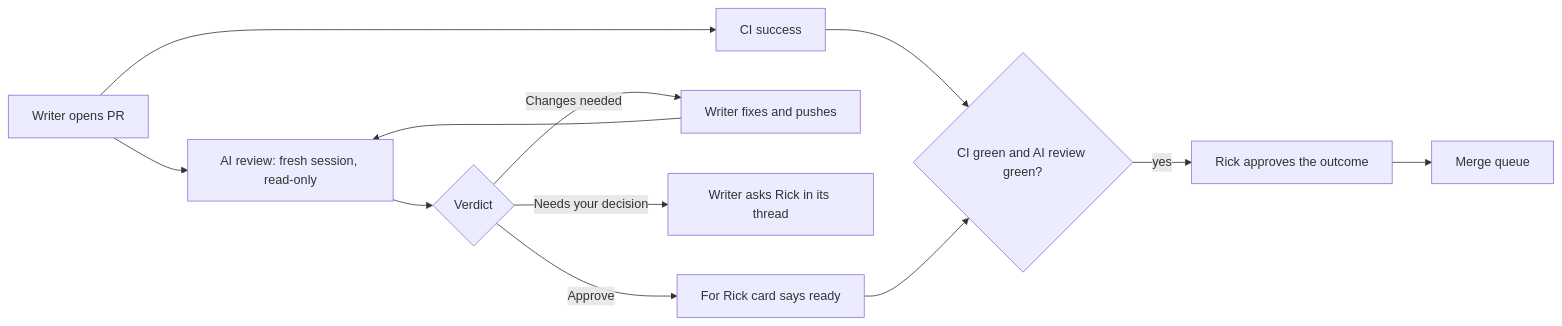
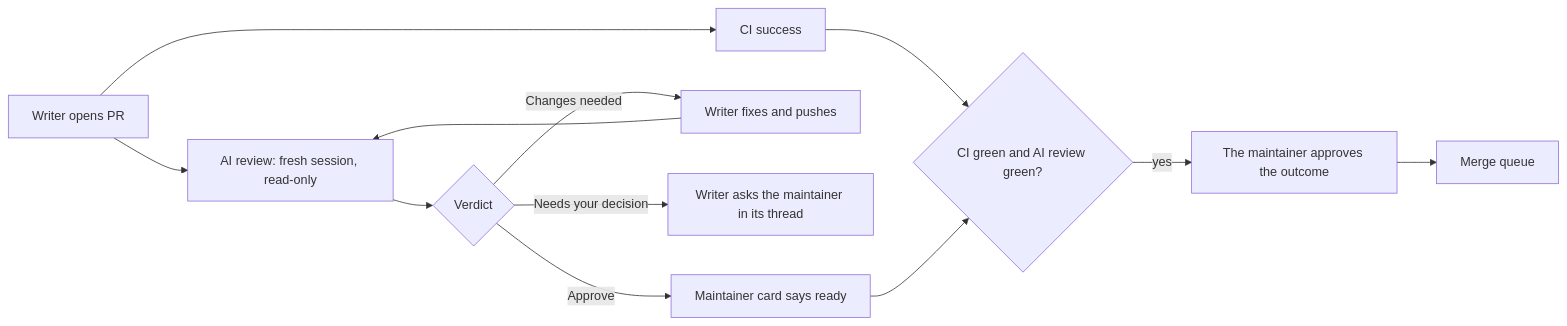
Before and after one commit to ricardoafo/hermes: the diagram in docs/guides/ai-review.md, drawn with Mermaid. The commit also changed other lines of this file and 114 other files, not shown here.

````diff
--- a/docs/guides/ai-review.md
+++ b/docs/guides/ai-review.md
@@ -15,14 +15,14 @@
 ```mermaid
 flowchart LR
     A[Writer opens PR] --> B[CI success]
     A --> C[AI review: fresh session, read-only]
     C --> D{Verdict}
     D -- Changes needed --> E[Writer fixes and pushes]
     E --> C
-    D -- Needs your decision --> F[Writer asks Rick in its thread]
-    D -- Approve --> G[For Rick card says ready]
+    D -- Needs your decision --> F[Writer asks the maintainer in its thread]
+    D -- Approve --> G[Maintainer card says ready]
     B --> H{CI green and AI review green?}
     G --> H
-    H -- yes --> I[Rick approves the outcome]
+    H -- yes --> I[The maintainer approves the outcome]
     I --> J[Merge queue]
 ```
````
